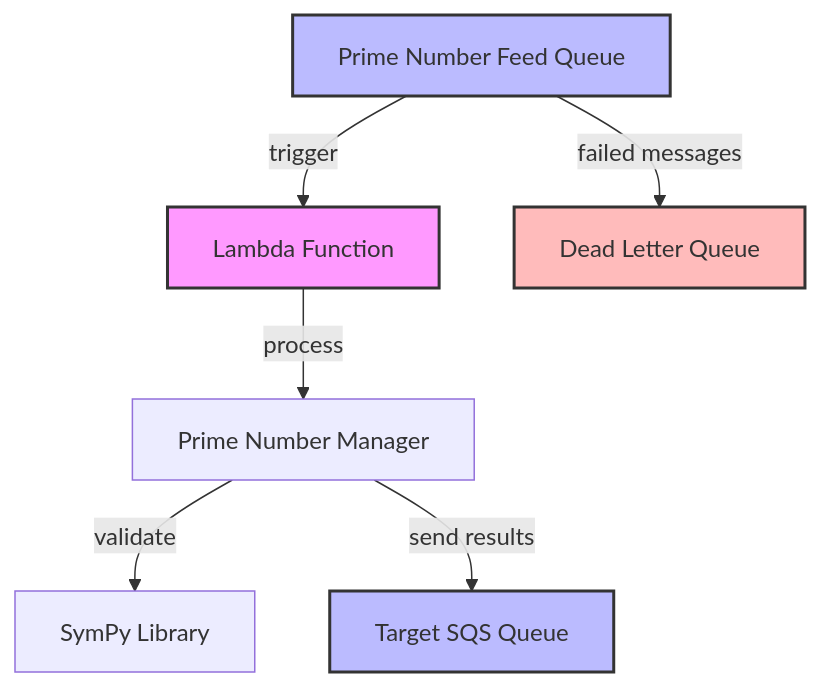
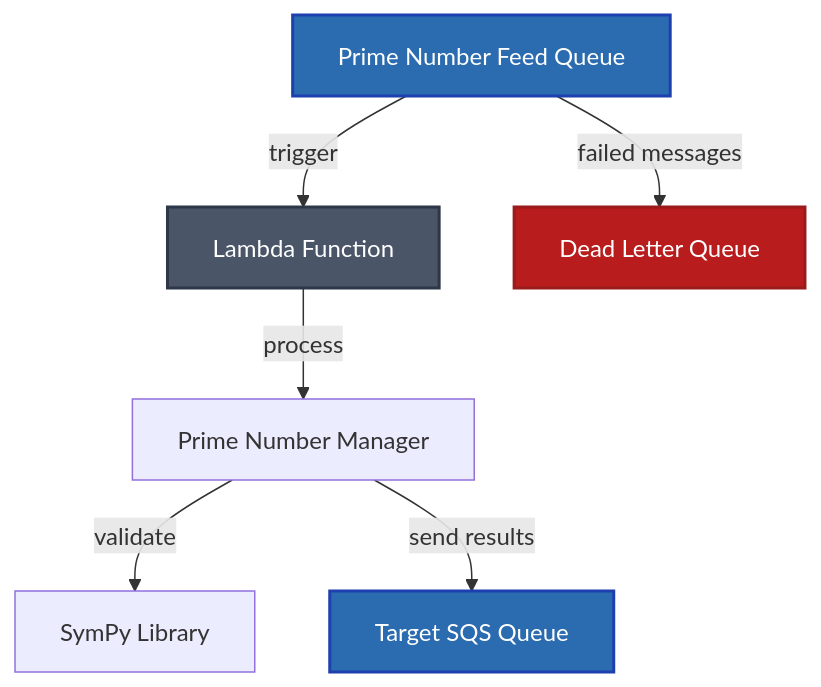
Before and after one commit to aluiziolira/lambda-sqs-integration: the diagram in README.md, drawn with Mermaid.

Commit message:
docs: update Mermaid diagram colors to darker professional tones
- Replace bright colors with darker, more professional palette
- Lambda function: Dark gray (#4a5568) with darker border
- SQS queues: Professional blue (#2b6cb0) with navy border
- Dead letter queue: Dark red (#b91c1c) for error indication
- Add white text color for better contrast on dark backgrounds
- Improve overall visual appeal and readability

````diff
--- a/README.md
+++ b/README.md
@@ -9,13 +9,13 @@
 ```mermaid
 flowchart TD
     SQS1[Prime Number Feed Queue] --> |trigger| L[Lambda Function]
     L --> |process| PM[Prime Number Manager]
     PM --> |validate| SP[SymPy Library]
     PM --> |send results| SQS2[Target SQS Queue]
     SQS1 --> |failed messages| DLQ[Dead Letter Queue]
     
-    style L fill:#f9f,stroke:#333,stroke-width:2px
-    style SQS1 fill:#bbf,stroke:#333,stroke-width:2px
-    style SQS2 fill:#bbf,stroke:#333,stroke-width:2px
-    style DLQ fill:#fbb,stroke:#333,stroke-width:2px
+    style L fill:#4a5568,stroke:#2d3748,stroke-width:2px,color:#ffffff
+    style SQS1 fill:#2b6cb0,stroke:#1e40af,stroke-width:2px,color:#ffffff
+    style SQS2 fill:#2b6cb0,stroke:#1e40af,stroke-width:2px,color:#ffffff
+    style DLQ fill:#b91c1c,stroke:#991b1b,stroke-width:2px,color:#ffffff
 ```
````
